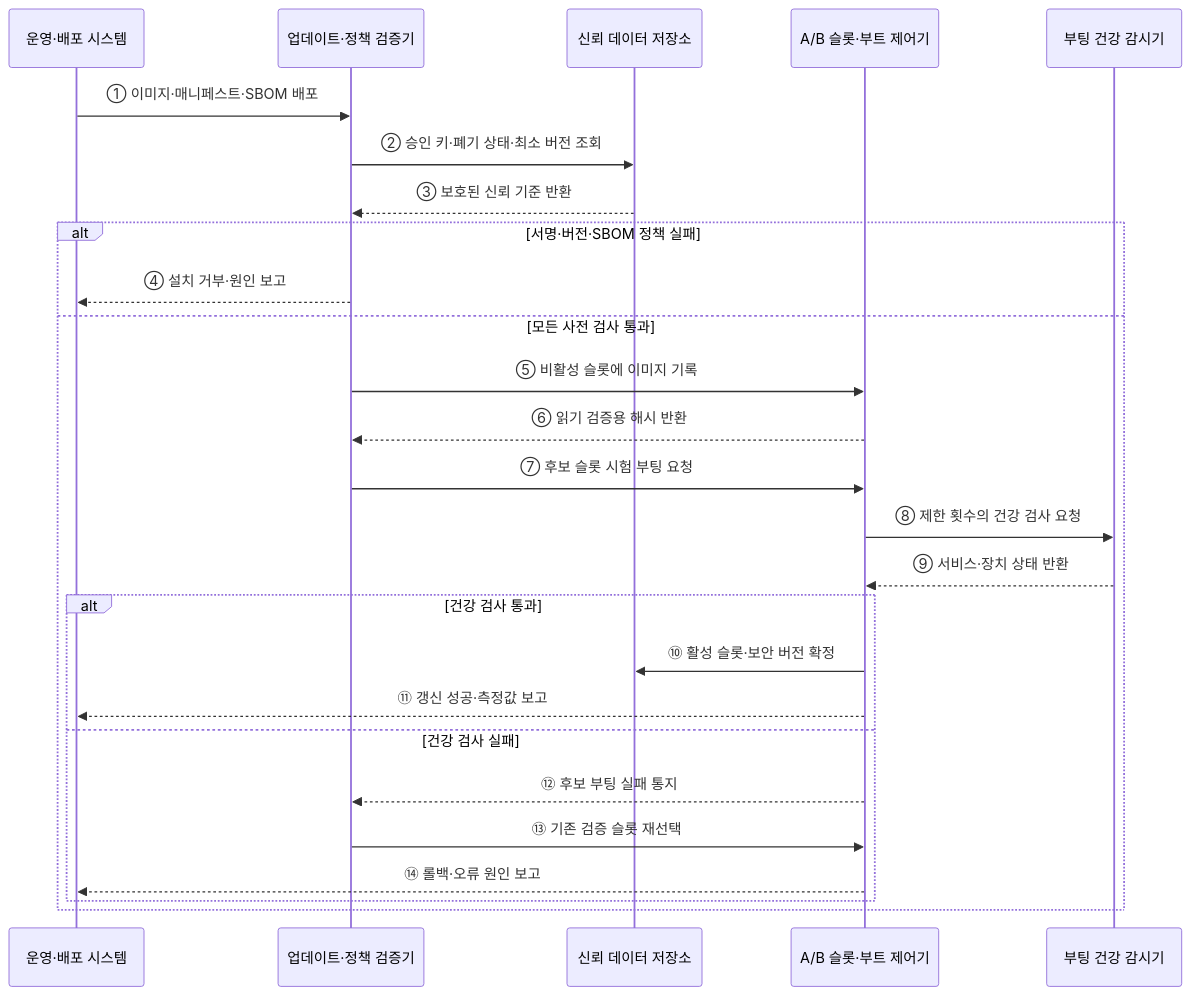
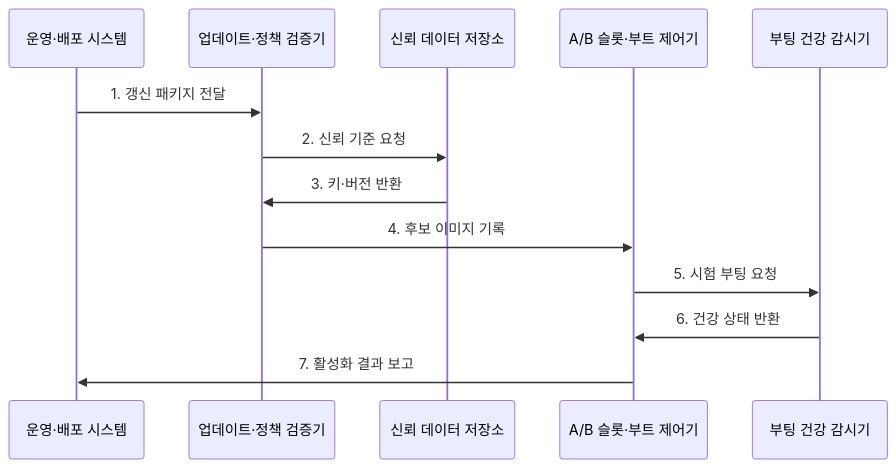
One commit to agnusdei1207/knowledge-base changed the second of 2 diagrams in src/content/docs/notes/02-hardware/069_firmware_security.md. Above: the diagram before and after it, drawn with Mermaid. The commit also changed other lines of this file and 20 other files, not shown here.

````diff
--- a/src/content/docs/notes/02-hardware/069_firmware_security.md
+++ b/src/content/docs/notes/02-hardware/069_firmware_security.md
@@ -82,29 +86,16 @@
 ```mermaid
 sequenceDiagram
     participant O as 운영·배포 시스템
     participant U as 업데이트·정책 검증기
     participant T as 신뢰 데이터 저장소
     participant S as A/B 슬롯·부트 제어기
     participant H as 부팅 건강 감시기
 
-    O->>U: ① 이미지·매니페스트·SBOM 배포
-    U->>T: ② 승인 키·폐기 상태·최소 버전 조회
-    T-->>U: ③ 보호된 신뢰 기준 반환
-    alt 서명·버전·SBOM 정책 실패
-        U-->>O: ④ 설치 거부·원인 보고
-    else 모든 사전 검사 통과
-        U->>S: ⑤ 비활성 슬롯에 이미지 기록
-        S-->>U: ⑥ 읽기 검증용 해시 반환
-        U->>S: ⑦ 후보 슬롯 시험 부팅 요청
-        S->>H: ⑧ 제한 횟수의 건강 검사 요청
-        H-->>S: ⑨ 서비스·장치 상태 반환
-        alt 건강 검사 통과
-            S->>T: ⑩ 활성 슬롯·보안 버전 확정
-            S-->>O: ⑪ 갱신 성공·측정값 보고
-        else 건강 검사 실패
-            S-->>U: ⑫ 후보 부팅 실패 통지
-            U->>S: ⑬ 기존 검증 슬롯 재선택
-            S-->>O: ⑭ 롤백·오류 원인 보고
-        end
-    end
+    O->>U: 1. 갱신 패키지 전달
+    U->>T: 2. 신뢰 기준 요청
+    T->>U: 3. 키·버전 반환
+    U->>S: 4. 후보 이미지 기록
+    S->>H: 5. 시험 부팅 요청
+    H->>S: 6. 건강 상태 반환
+    S->>O: 7. 활성화 결과 보고
 ```
````
